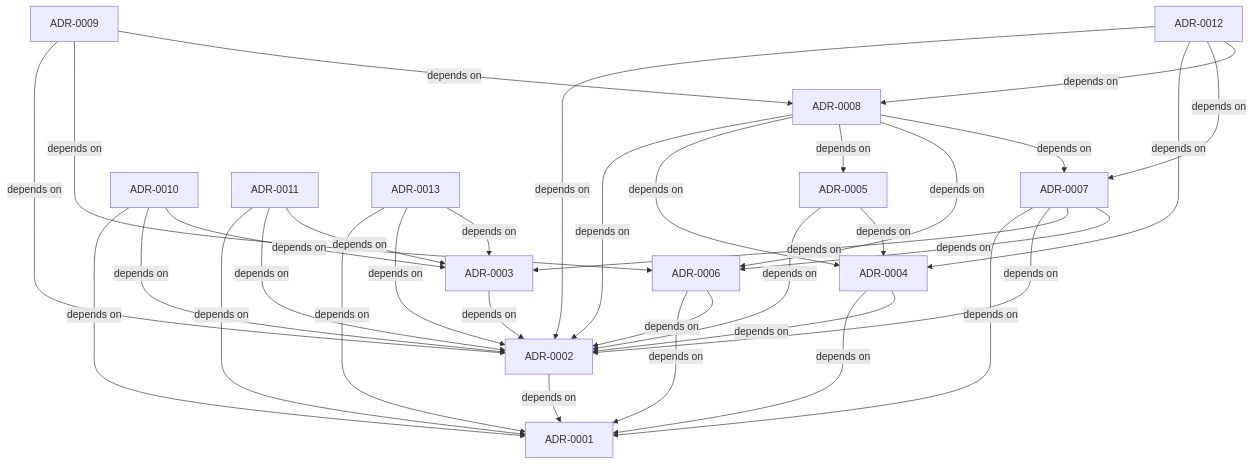
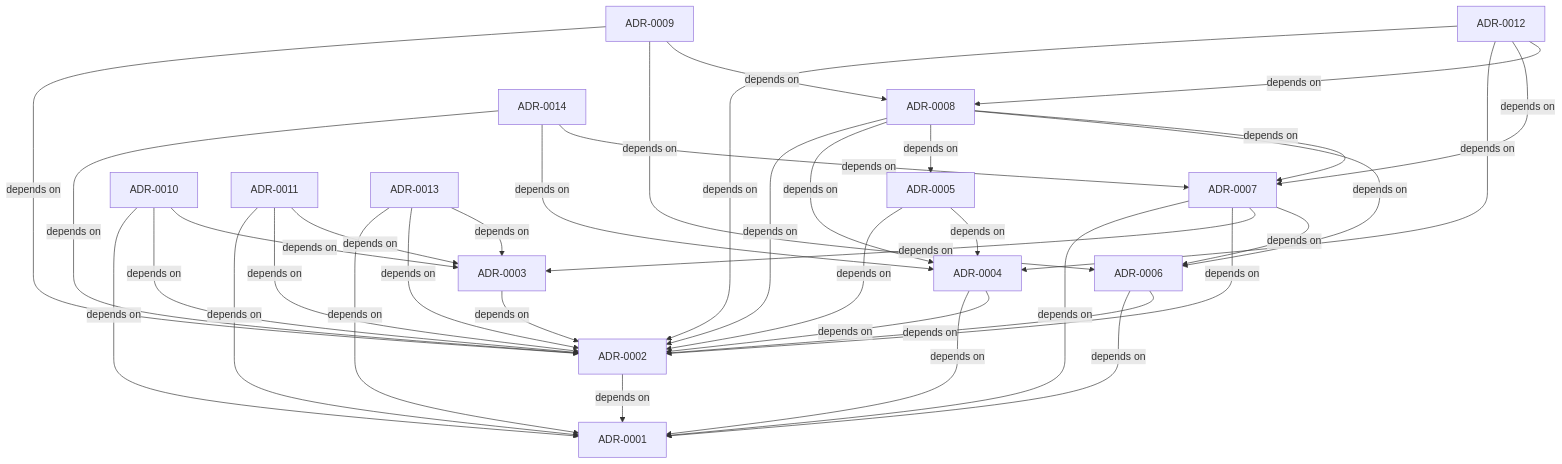
The diagram in docs/decisions.md (rudycelekli/kin-connect), drawn with Mermaid before and after one commit. The commit also changed other lines of this file and 32 other files, not shown here.

````diff
--- a/docs/decisions.md
+++ b/docs/decisions.md
@@ -23,49 +24,53 @@
 ```mermaid
 graph TD
   ADR_0001["ADR-0001"]
   ADR_0002["ADR-0002"]
   ADR_0003["ADR-0003"]
   ADR_0004["ADR-0004"]
   ADR_0005["ADR-0005"]
   ADR_0006["ADR-0006"]
   ADR_0007["ADR-0007"]
   ADR_0008["ADR-0008"]
   ADR_0009["ADR-0009"]
   ADR_0010["ADR-0010"]
   ADR_0011["ADR-0011"]
   ADR_0012["ADR-0012"]
   ADR_0013["ADR-0013"]
+  ADR_0014["ADR-0014"]
   ADR_0002 -->|depends on| ADR_0001
   ADR_0003 -->|depends on| ADR_0002
   ADR_0004 -->|depends on| ADR_0001
   ADR_0004 -->|depends on| ADR_0002
   ADR_0005 -->|depends on| ADR_0002
   ADR_0005 -->|depends on| ADR_0004
   ADR_0006 -->|depends on| ADR_0001
   ADR_0006 -->|depends on| ADR_0002
   ADR_0007 -->|depends on| ADR_0001
   ADR_0007 -->|depends on| ADR_0002
   ADR_0007 -->|depends on| ADR_0003
   ADR_0007 -->|depends on| ADR_0006
   ADR_0008 -->|depends on| ADR_0002
   ADR_0008 -->|depends on| ADR_0004
   ADR_0008 -->|depends on| ADR_0005
   ADR_0008 -->|depends on| ADR_0006
   ADR_0008 -->|depends on| ADR_0007
   ADR_0009 -->|depends on| ADR_0002
   ADR_0009 -->|depends on| ADR_0006
   ADR_0009 -->|depends on| ADR_0008
   ADR_0010 -->|depends on| ADR_0001
   ADR_0010 -->|depends on| ADR_0002
   ADR_0010 -->|depends on| ADR_0003
   ADR_0011 -->|depends on| ADR_0001
   ADR_0011 -->|depends on| ADR_0002
   ADR_0011 -->|depends on| ADR_0003
   ADR_0012 -->|depends on| ADR_0002
   ADR_0012 -->|depends on| ADR_0004
   ADR_0012 -->|depends on| ADR_0007
   ADR_0012 -->|depends on| ADR_0008
   ADR_0013 -->|depends on| ADR_0001
   ADR_0013 -->|depends on| ADR_0002
   ADR_0013 -->|depends on| ADR_0003
+  ADR_0014 -->|depends on| ADR_0002
+  ADR_0014 -->|depends on| ADR_0004
+  ADR_0014 -->|depends on| ADR_0007
 ```
````
